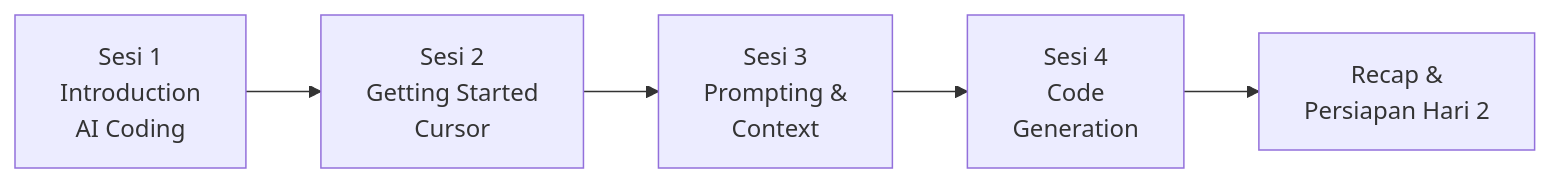
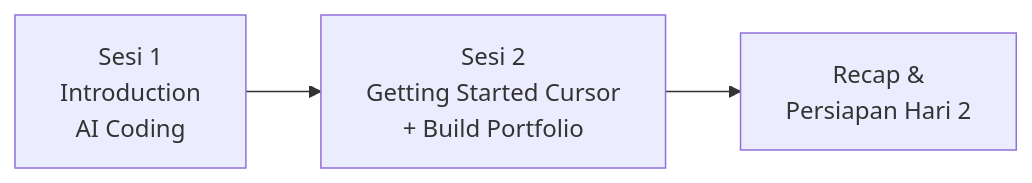
One commit to githubna-ilham/AI_Cursor changed the diagram in Hari-1-Fundamental-DevNotes/README.md. Above: the diagram before and after it, drawn with Mermaid. The commit also changed other lines of this file, not shown here.

First line of the commit message:
restructure(hari-1): sederhanakan jadi 2 sesi — Sesi 1 intro + Sesi 2 build portfolio

````diff
--- a/Hari-1-Fundamental-DevNotes/README.md
+++ b/Hari-1-Fundamental-DevNotes/README.md
@@ -38,7 +36,5 @@
 ```mermaid
 flowchart LR
-    A[Sesi 1<br/>Introduction<br/>AI Coding] --> B[Sesi 2<br/>Getting Started<br/>Cursor]
-    B --> C[Sesi 3<br/>Prompting &<br/>Context]
-    C --> D[Sesi 4<br/>Code<br/>Generation]
-    D --> E[Recap &<br/>Persiapan Hari 2]
+    A[Sesi 1<br/>Introduction<br/>AI Coding] --> B[Sesi 2<br/>Getting Started Cursor<br/>+ Build Portfolio]
+    B --> C[Recap &<br/>Persiapan Hari 2]
 ```
````
